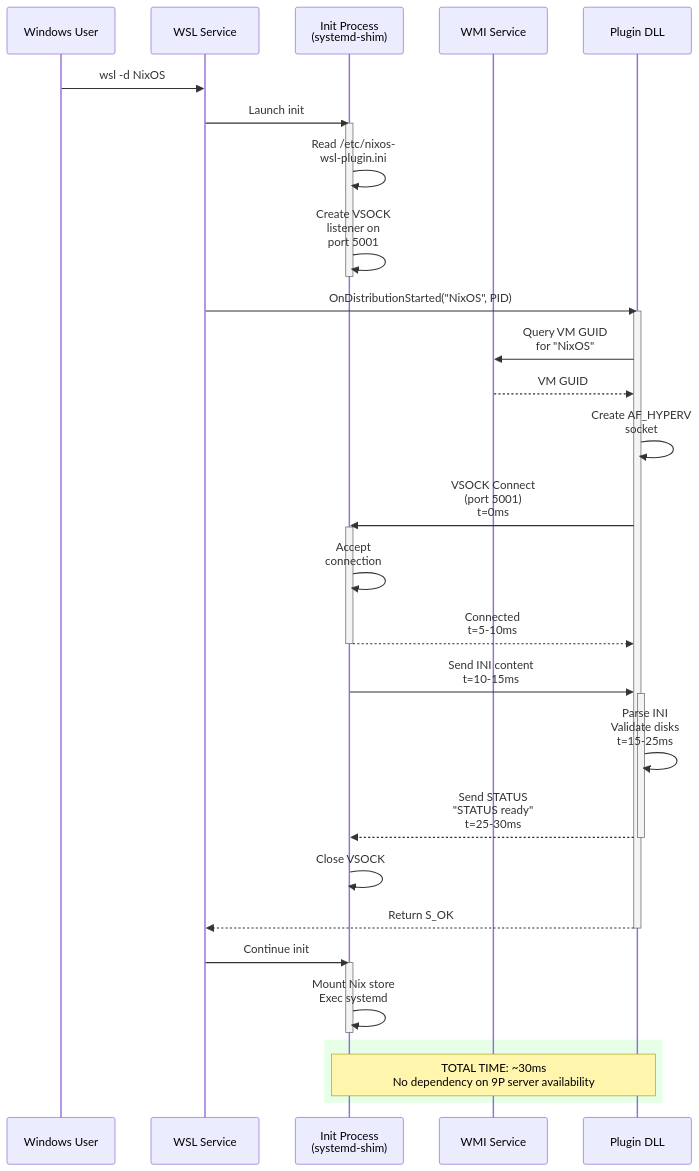
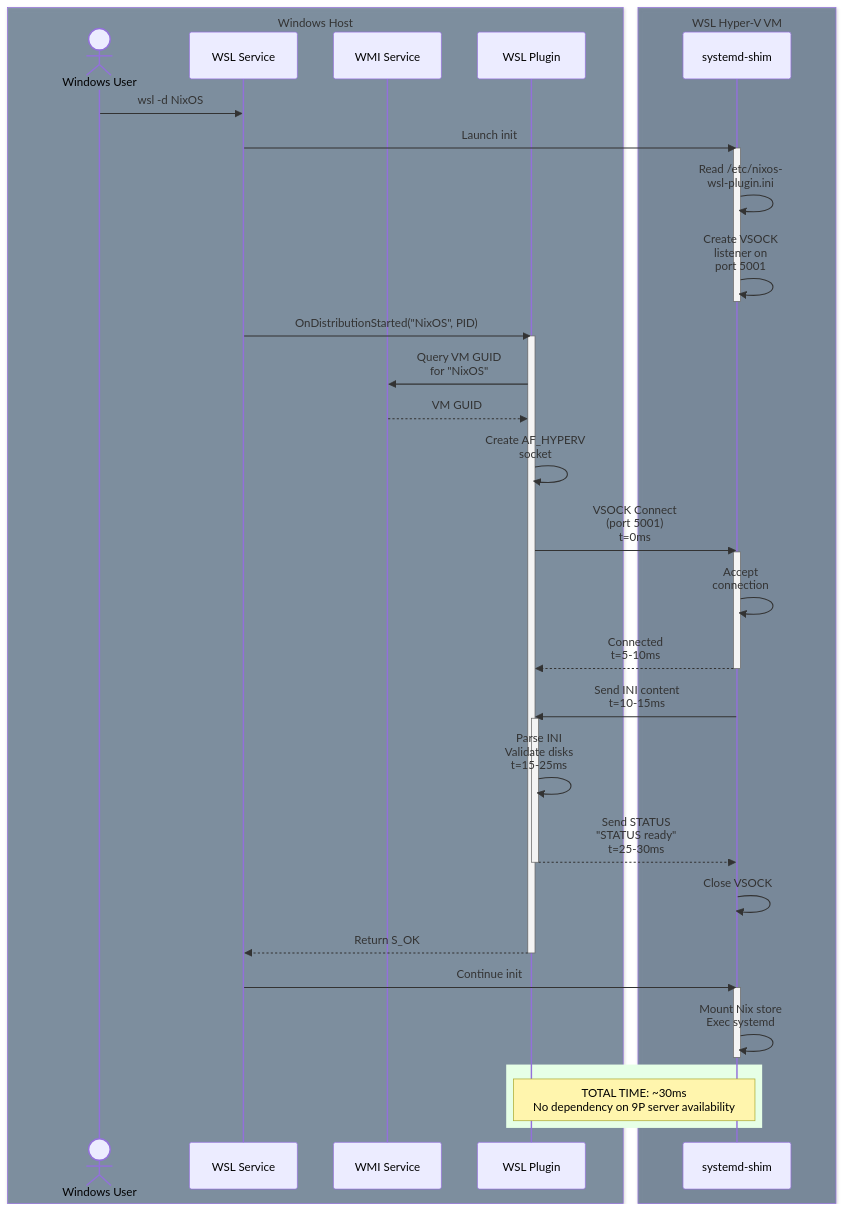
Before and after one commit to timblaktu/wsl-plugin-sample: the second of 10 diagrams in docs/wsl-plugin-design-doc.md, drawn with Mermaid. The commit also changed other lines of this file and 7 other files, not shown here.

````diff
--- a/docs/wsl-plugin-design-doc.md
+++ b/docs/wsl-plugin-design-doc.md
@@ -90,46 +90,57 @@
 ```mermaid
 sequenceDiagram
-    participant U as Windows User
-    participant W as WSL Service
-    participant I as Init Process<br/>(systemd-shim)
-    participant M as WMI Service
-    participant P as Plugin DLL
+    actor Windows User
+    participant WSL Service
+    participant WMI Service
+    participant WSL Plugin
+    participant systemd-shim
 
-    U->>W: wsl -d NixOS
-    W->>I: Launch init
-    activate I
-    I->>I: Read /etc/nixos-<br/>wsl-plugin.ini
-    I->>I: Create VSOCK<br/>listener on<br/>port 5001
-    deactivate I
+    Windows User->>WSL Service: wsl -d NixOS
+    WSL Service->>systemd-shim: Launch init
+    activate systemd-shim
+    systemd-shim->>systemd-shim: Read /etc/nixos-<br/>wsl-plugin.ini
+    systemd-shim->>systemd-shim: Create VSOCK<br/>listener on<br/>port 5001
+    deactivate systemd-shim
     
-    W->>P: OnDistributionStarted("NixOS", PID)
-    activate P
-    P->>M: Query VM GUID<br/>for "NixOS"
-    M-->>P: VM GUID
-    P->>P: Create AF_HYPERV<br/>socket
+    WSL Service->>WSL Plugin: OnDistributionStarted("NixOS", PID)
+    activate WSL Plugin
+    WSL Plugin->>WMI Service: Query VM GUID<br/>for "NixOS"
+    WMI Service-->>WSL Plugin: VM GUID
+    WSL Plugin->>WSL Plugin: Create AF_HYPERV<br/>socket
     
-    P->>I: VSOCK Connect<br/>(port 5001)<br/>t=0ms
-    activate I
-    I->>I: Accept<br/>connection
-    I-->>P: Connected<br/>t=5-10ms
-    deactivate I
+    WSL Plugin->>systemd-shim: VSOCK Connect<br/>(port 5001)<br/>t=0ms
+    activate systemd-shim
+    systemd-shim->>systemd-shim: Accept<br/>connection
+    systemd-shim-->>WSL Plugin: Connected<br/>t=5-10ms
+    deactivate systemd-shim
     
-    I->>P: Send INI content<br/>t=10-15ms
-    activate P
-    P->>P: Parse INI<br/>Validate disks<br/>t=15-25ms
-    P-->>I: Send STATUS<br/>"STATUS ready"<br/>t=25-30ms
-    deactivate P
+    systemd-shim->>WSL Plugin: Send INI content<br/>t=10-15ms
+    activate WSL Plugin
+    WSL Plugin->>WSL Plugin: Parse INI<br/>Validate disks<br/>t=15-25ms
+    WSL Plugin-->>systemd-shim: Send STATUS<br/>"STATUS ready"<br/>t=25-30ms
+    deactivate WSL Plugin
     
-    I->>I: Close VSOCK
-    P-->>W: Return S_OK
-    deactivate P
+    systemd-shim->>systemd-shim: Close VSOCK
+    WSL Plugin-->>WSL Service: Return S_OK
+    deactivate WSL Plugin
     
-    W->>I: Continue init
-    activate I
-    I->>I: Mount Nix store<br/>Exec systemd
-    deactivate I
+    WSL Service->>systemd-shim: Continue init
+    activate systemd-shim
+    systemd-shim->>systemd-shim: Mount Nix store<br/>Exec systemd
+    deactivate systemd-shim
     
     rect rgb(230, 255, 230)
-        Note over P,I: TOTAL TIME: ~30ms<br/>No dependency on 9P server availability
+        Note over WSL Plugin,systemd-shim: TOTAL TIME: ~30ms<br/>No dependency on 9P server availability
+    end
+    
+    box rgba(33,66,99,0.5) Windows Host
+    actor Windows User
+    participant WSL Service
+    participant WMI Service
+    participant WSL Plugin
+    end
+    
+    box rgba(22,55,88,0.5) WSL Hyper-V VM
+    participant systemd-shim
     end
 ```
````
